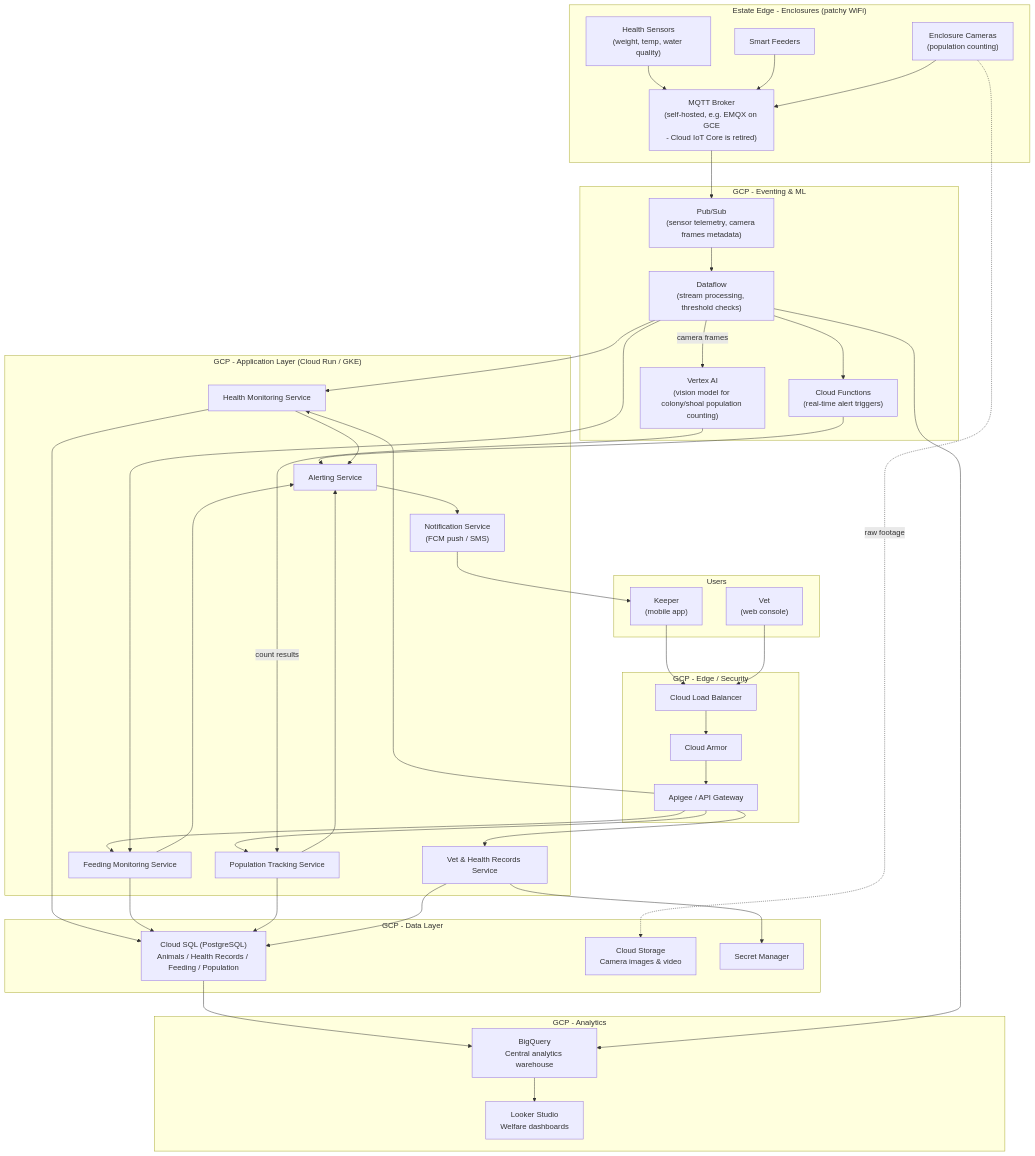
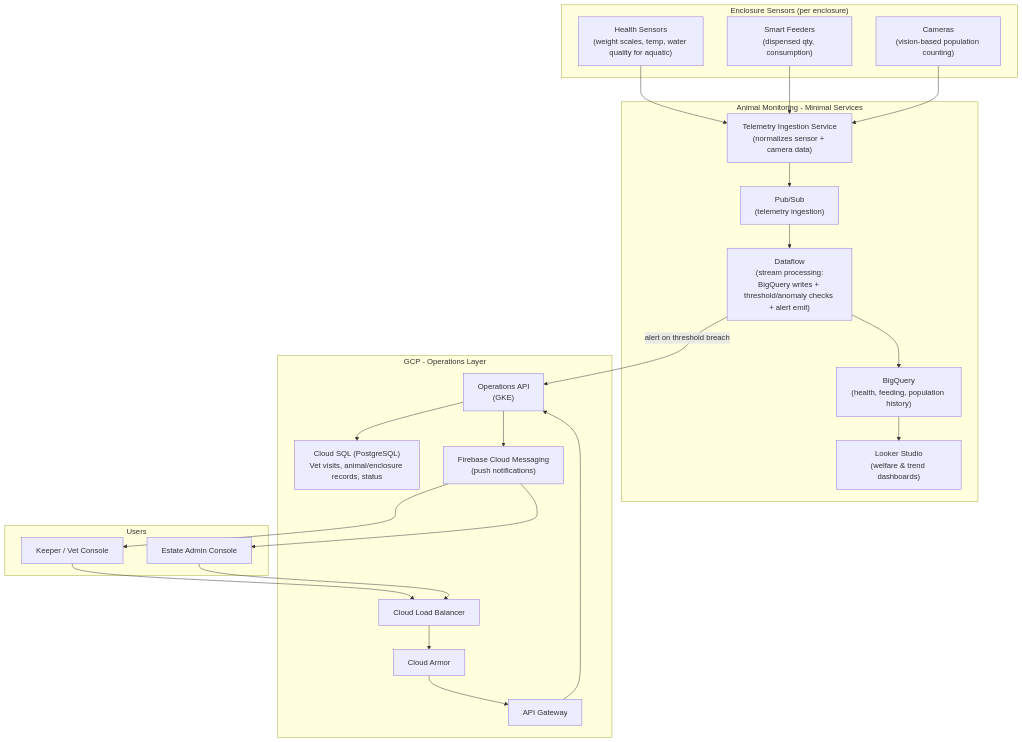
Before and after one commit to prafulnaveen/Marsian: the diagram in hld/animal_health_monitoring_system/infra.md, drawn with Mermaid. The commit also changed other lines of this file and 3 other files, not shown here.

Commit message:
Updated the ride monitoring and animal health monitoring system

````diff
--- a/hld/animal_health_monitoring_system/infra.md
+++ b/hld/animal_health_monitoring_system/infra.md
@@ -5,87 +32,45 @@
 ```mermaid
 flowchart TB
 
-    subgraph EDGE["Estate Edge - Enclosures (patchy WiFi)"]
-        HEALTHSENSOR["Health Sensors\n(weight, temp, water quality)"]
-        FEEDER["Smart Feeders"]
-        CAMERA["Enclosure Cameras\n(population counting)"]
-        MQTTBROKER["MQTT Broker\n(self-hosted, e.g. EMQX on GCE\n- Cloud IoT Core is retired)"]
+    subgraph SENSORS["Enclosure Sensors (per enclosure)"]
+        HEALTHSENSOR["Health Sensors\n(weight scales, temp, water quality for aquatic)"]
+        FEEDER["Smart Feeders\n(dispensed qty, consumption)"]
+        CAMERA["Cameras\n(vision-based population counting)"]
     end
 
-    subgraph USERS["Users"]
-        KEEPER["Keeper\n(mobile app)"]
-        VET["Vet\n(web console)"]
+    subgraph CORE["Animal Monitoring - Minimal Services"]
+        INGEST["Telemetry Ingestion Service\n(normalizes sensor + camera data)"]
+        PUBSUB["Pub/Sub\n(telemetry ingestion)"]
+        DATAFLOW["Dataflow\n(stream processing:\nBigQuery writes + threshold/anomaly checks + alert emit)"]
+        BQ["BigQuery\n(health, feeding, population history)"]
+        LOOKER["Looker Studio\n(welfare & trend dashboards)"]
     end
 
-    subgraph GCPEDGE["GCP - Edge / Security"]
+    subgraph GCPOPS["GCP - Operations Layer"]
         LB["Cloud Load Balancer"]
         ARMOR["Cloud Armor"]
-        APIGW["Apigee / API Gateway"]
+        APIGW["API Gateway"]
+        OPSAPI["Operations API\n(GKE)"]
+        CLOUDSQL["Cloud SQL (PostgreSQL)\nVet visits, animal/enclosure records, status"]
+        FCM["Firebase Cloud Messaging\n(push notifications)"]
     end
 
-    subgraph GCPSTREAM["GCP - Eventing & ML"]
-        PUBSUB["Pub/Sub\n(sensor telemetry, camera frames metadata)"]
-        DATAFLOW["Dataflow\n(stream processing, threshold checks)"]
-        VERTEXAI["Vertex AI\n(vision model for colony/shoal population counting)"]
-        FUNCTIONS["Cloud Functions\n(real-time alert triggers)"]
+    subgraph CLIENTS["Users"]
+        KEEPER["Keeper / Vet Console"]
+        ADMINUI["Estate Admin Console"]
     end
 
-    subgraph GCPCOMPUTE["GCP - Application Layer (Cloud Run / GKE)"]
-        SVC_HEALTH["Health Monitoring Service"]
-        SVC_FEED["Feeding Monitoring Service"]
-        SVC_POP["Population Tracking Service"]
-        SVC_VET["Vet & Health Records Service"]
-        SVC_ALERT["Alerting Service"]
-        SVC_NOTIFY["Notification Service\n(FCM push / SMS)"]
-    end
+    HEALTHSENSOR --> INGEST
+    FEEDER --> INGEST
+    CAMERA --> INGEST
+    INGEST --> PUBSUB --> DATAFLOW
+    DATAFLOW --> BQ --> LOOKER
+    DATAFLOW -->|"alert on threshold breach"| OPSAPI
 
-    subgraph GCPDATA["GCP - Data Layer"]
-        CLOUDSQL["Cloud SQL (PostgreSQL)\nAnimals / Health Records / Feeding / Population"]
-        GCS["Cloud Storage\nCamera images & video"]
-        SECRETS["Secret Manager"]
-    end
 
-    subgraph GCPANALYTICS["GCP - Analytics"]
-        BQ["BigQuery\nCentral analytics warehouse"]
-        LOOKER["Looker Studio\nWelfare dashboards"]
-    end
-
-    HEALTHSENSOR --> MQTTBROKER
-    FEEDER --> MQTTBROKER
-    CAMERA --> MQTTBROKER
-    MQTTBROKER --> PUBSUB
-
-    KEEPER --> LB
-    VET --> LB
-    LB --> ARMOR --> APIGW
-
-    APIGW --> SVC_HEALTH
-    APIGW --> SVC_FEED
-    APIGW --> SVC_POP
-    APIGW --> SVC_VET
-
-    PUBSUB --> DATAFLOW
-    DATAFLOW --> SVC_HEALTH
-    DATAFLOW --> SVC_FEED
-    DATAFLOW -->|"camera frames"| VERTEXAI
-    VERTEXAI -->|"count results"| SVC_POP
-    CAMERA -.->|"raw footage"| GCS
-
-    DATAFLOW --> FUNCTIONS
-    FUNCTIONS --> SVC_ALERT
-    SVC_HEALTH --> SVC_ALERT
-    SVC_FEED --> SVC_ALERT
-    SVC_POP --> SVC_ALERT
-    SVC_ALERT --> SVC_NOTIFY
-    SVC_NOTIFY --> KEEPER
-
-    SVC_HEALTH --> CLOUDSQL
-    SVC_FEED --> CLOUDSQL
-    SVC_POP --> CLOUDSQL
-    SVC_VET --> CLOUDSQL
-    SVC_VET --> SECRETS
-
-    CLOUDSQL --> BQ
-    DATAFLOW --> BQ
-    BQ --> LOOKER
+    KEEPER --> LB --> ARMOR --> APIGW --> OPSAPI
+    OPSAPI --> CLOUDSQL
+    OPSAPI --> FCM --> KEEPER
+    FCM --> ADMINUI
+    ADMINUI --> LB
 ```
````
